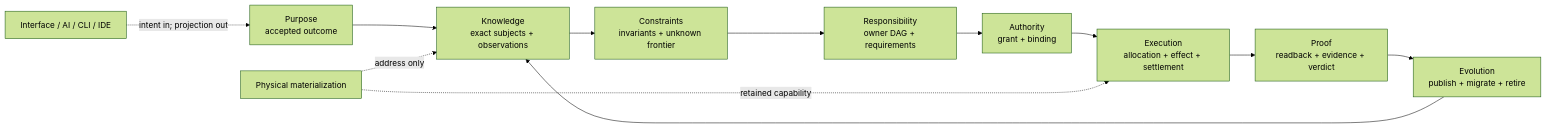
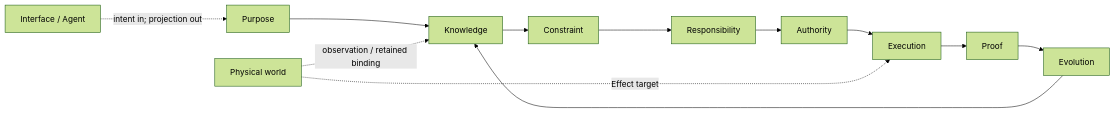
Before and after one commit to sec-platform/sec: the first of 14 diagrams in docs/system-architecture.md, drawn with Mermaid (forest theme). The commit also changed other lines of this file and 14 other files, not shown here.

````diff
--- a/docs/system-architecture.md
+++ b/docs/system-architecture.md
@@ -15,14 +15,14 @@
 ```mermaid
 flowchart LR
-  P[Purpose<br/>accepted outcome] --> K[Knowledge<br/>exact subjects + observations]
-  K --> C[Constraints<br/>invariants + unknown frontier]
-  C --> R[Responsibility<br/>owner DAG + requirements]
-  R --> A[Authority<br/>grant + binding]
-  A --> X[Execution<br/>allocation + effect + settlement]
-  X --> V[Proof<br/>readback + evidence + verdict]
-  V --> E[Evolution<br/>publish + migrate + retire]
+  P[Purpose] --> K[Knowledge]
+  K --> C[Constraint]
+  C --> R[Responsibility]
+  R --> A[Authority]
+  A --> X[Execution]
+  X --> V[Proof]
+  V --> E[Evolution]
   E --> K
-  I[Interface / AI / CLI / IDE] -. intent in; projection out .-> P
-  M[Physical materialization] -. address only .-> K
-  M -. retained capability .-> X
+  I[Interface / Agent] -. intent in; projection out .-> P
+  M[Physical world] -. observation / retained binding .-> K
+  M -. Effect target .-> X
 ```
````
